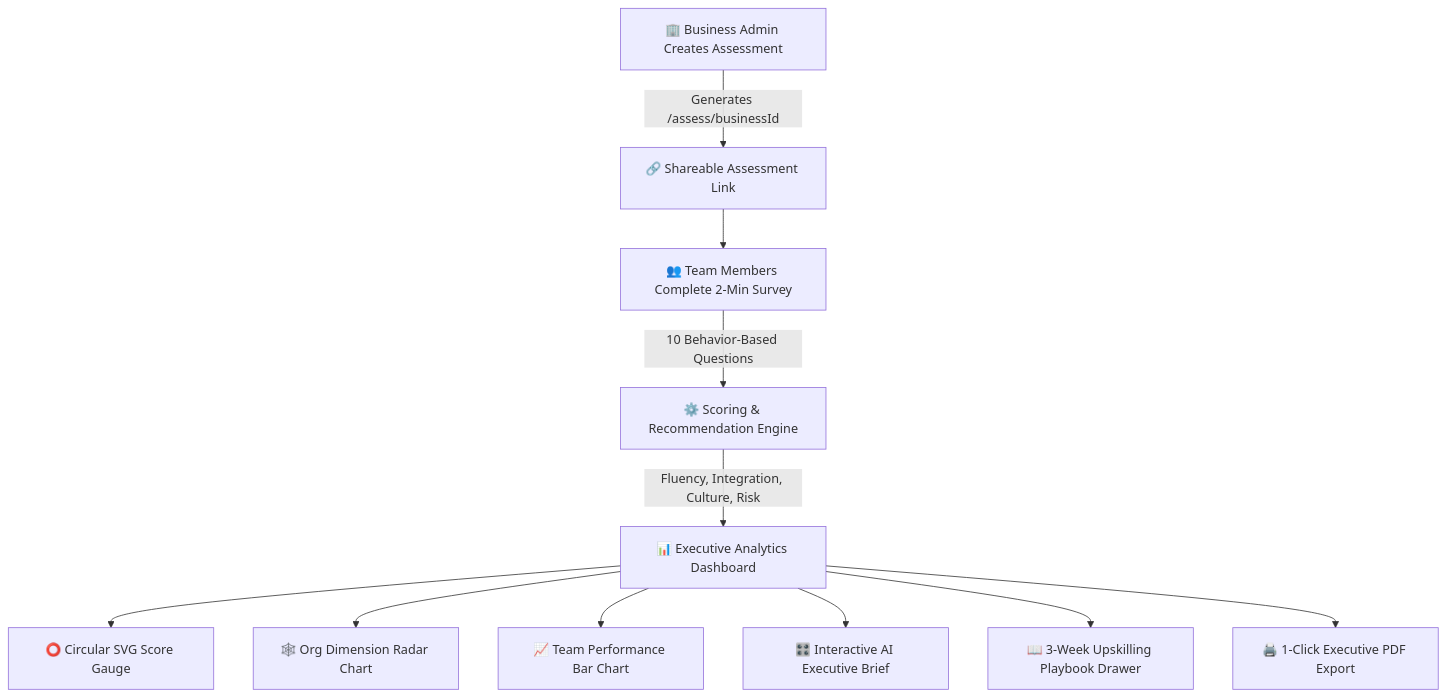
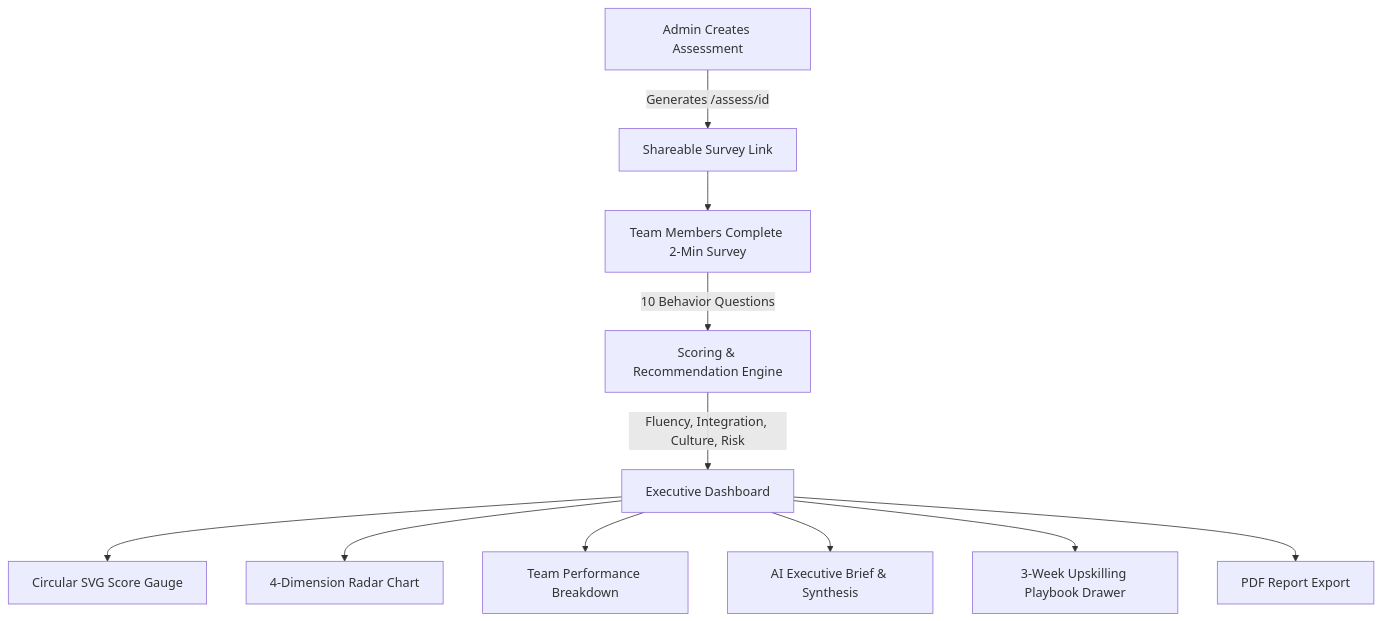
The diagram in README.md (NTRajapaksha/ai-readiness), drawn with Mermaid before and after one commit. The commit also changed other lines of this file and 4 other files, not shown here.

````diff
--- a/README.md
+++ b/README.md
@@ -35,13 +29,13 @@
 ```mermaid
 flowchart TD
-    A[🏢 Business Admin Creates Assessment] -->|Generates /assess/businessId| B[🔗 Shareable Assessment Link]
-    B --> C[👥 Team Members Complete 2-Min Survey]
-    C -->|10 Behavior-Based Questions| D[⚙️ Scoring & Recommendation Engine]
-    D -->|Fluency, Integration, Culture, Risk| E[📊 Executive Analytics Dashboard]
-    E --> F[⭕ Circular SVG Score Gauge]
-    E --> G[🕸️ Org Dimension Radar Chart]
-    E --> H[📈 Team Performance Bar Chart]
-    E --> I[🎛️ Interactive AI Executive Brief]
-    E --> J[📖 3-Week Upskilling Playbook Drawer]
-    E --> K[🖨️ 1-Click Executive PDF Export]
+    A[Admin Creates Assessment] -->|Generates /assess/id| B[Shareable Survey Link]
+    B --> C[Team Members Complete 2-Min Survey]
+    C -->|10 Behavior Questions| D[Scoring & Recommendation Engine]
+    D -->|Fluency, Integration, Culture, Risk| E[Executive Dashboard]
+    E --> F[Circular SVG Score Gauge]
+    E --> G[4-Dimension Radar Chart]
+    E --> H[Team Performance Breakdown]
+    E --> I[AI Executive Brief & Synthesis]
+    E --> J[3-Week Upskilling Playbook Drawer]
+    E --> K[PDF Report Export]
 ```
````
